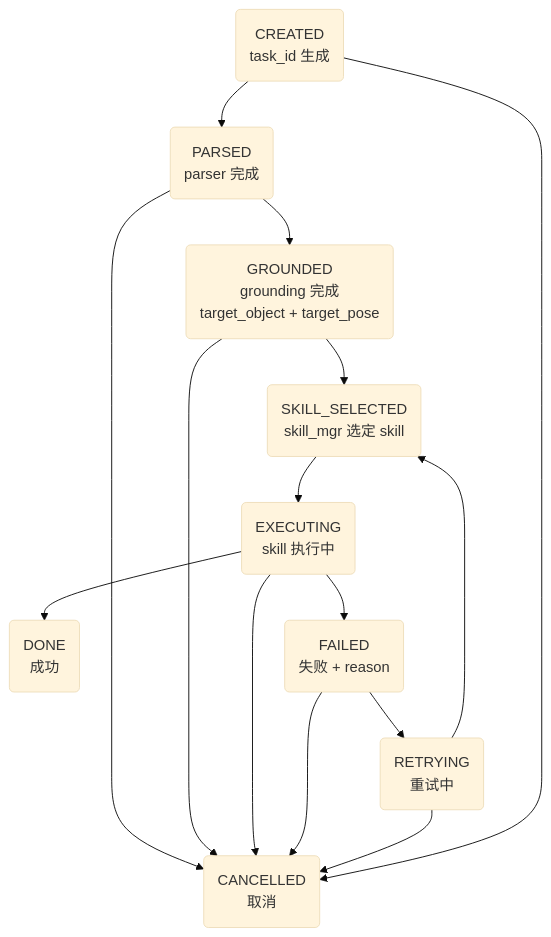
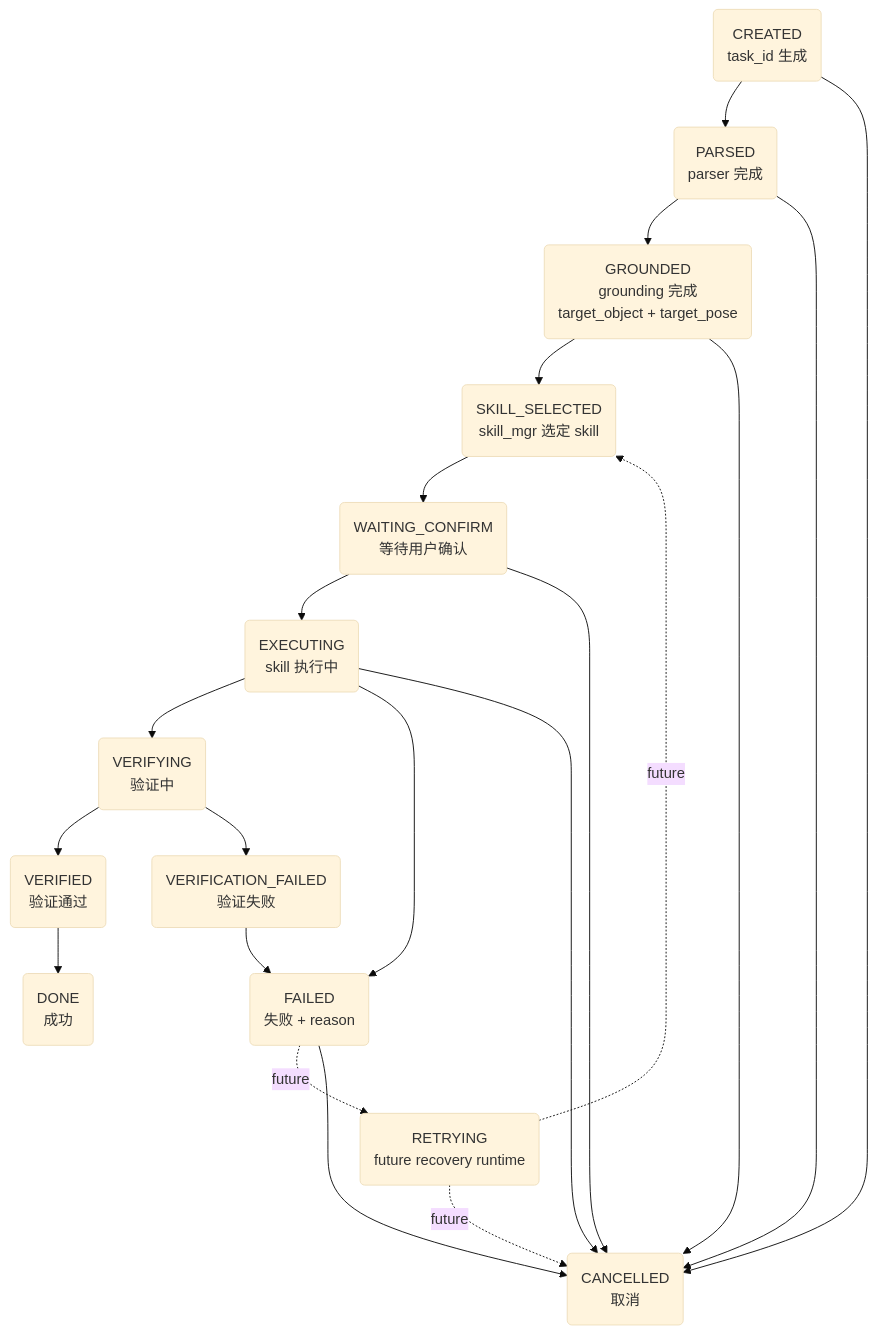
The diagram in docs/runtime_task_schema.md (Sundasheng1988/Jetarm_ros2_robot), drawn with Mermaid (base theme) before and after one commit. The commit also changed other lines of this file and 8 other files, not shown here.

Commit message:
docs(runtime): align runtime architecture for sprint 8.5 mobile robot phase

````diff
--- a/docs/runtime_task_schema.md
+++ b/docs/runtime_task_schema.md
@@ -114,27 +127,37 @@
 ```mermaid
 graph TD
     CREATED("CREATED<br/>task_id 生成")
     PARSED("PARSED<br/>parser 完成")
     GROUNDED("GROUNDED<br/>grounding 完成<br/>target_object + target_pose")
     SKILL_SEL("SKILL_SELECTED<br/>skill_mgr 选定 skill")
+    WAIT_CONF("WAITING_CONFIRM<br/>等待用户确认")
     EXECUTING("EXECUTING<br/>skill 执行中")
+    VERIFYING("VERIFYING<br/>验证中")
+    VERIFIED("VERIFIED<br/>验证通过")
     DONE("DONE<br/>成功")
     FAILED("FAILED<br/>失败 + reason")
+    VERIF_FAILED("VERIFICATION_FAILED<br/>验证失败")
     CANCELLED("CANCELLED<br/>取消")
-    RETRYING("RETRYING<br/>重试中")
+    RETRYING("RETRYING<br/>future recovery runtime")
 
     CREATED --> PARSED
     PARSED --> GROUNDED
     PARSED --> CANCELLED
     GROUNDED --> SKILL_SEL
     GROUNDED --> CANCELLED
-    SKILL_SEL --> EXECUTING
-    EXECUTING --> DONE
+    SKILL_SEL --> WAIT_CONF
+    WAIT_CONF --> EXECUTING
+    WAIT_CONF --> CANCELLED
+    EXECUTING --> VERIFYING
     EXECUTING --> FAILED
     EXECUTING --> CANCELLED
-    FAILED --> RETRYING
-    RETRYING --> SKILL_SEL
+    VERIFYING --> VERIFIED
+    VERIFYING --> VERIF_FAILED
+    VERIFIED --> DONE
+    VERIF_FAILED --> FAILED
+    FAILED -. future .-> RETRYING
+    RETRYING -. future .-> SKILL_SEL
+    RETRYING -. future .-> CANCELLED
     FAILED --> CANCELLED
-    RETRYING --> CANCELLED
     CREATED --> CANCELLED
 ```
````
